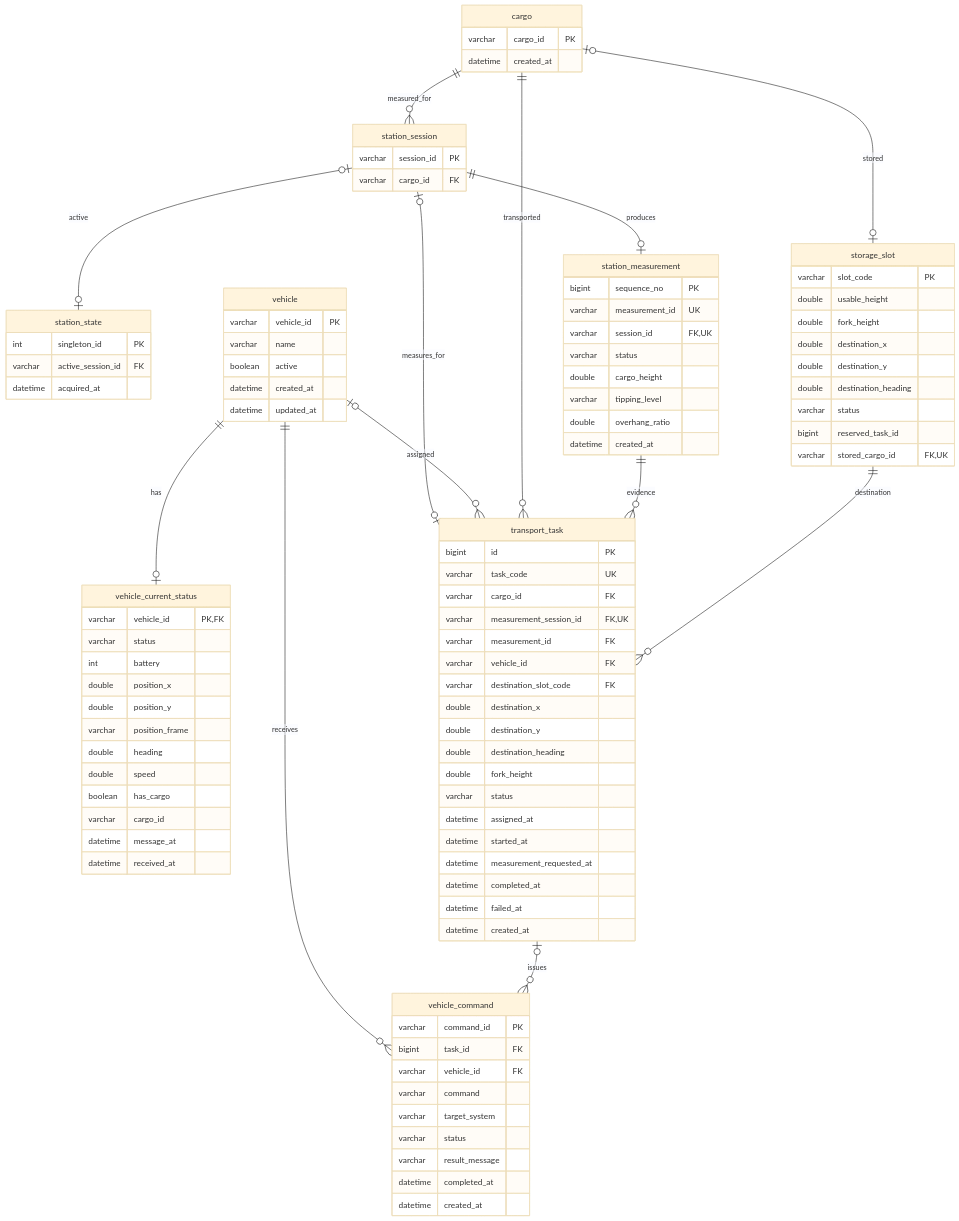
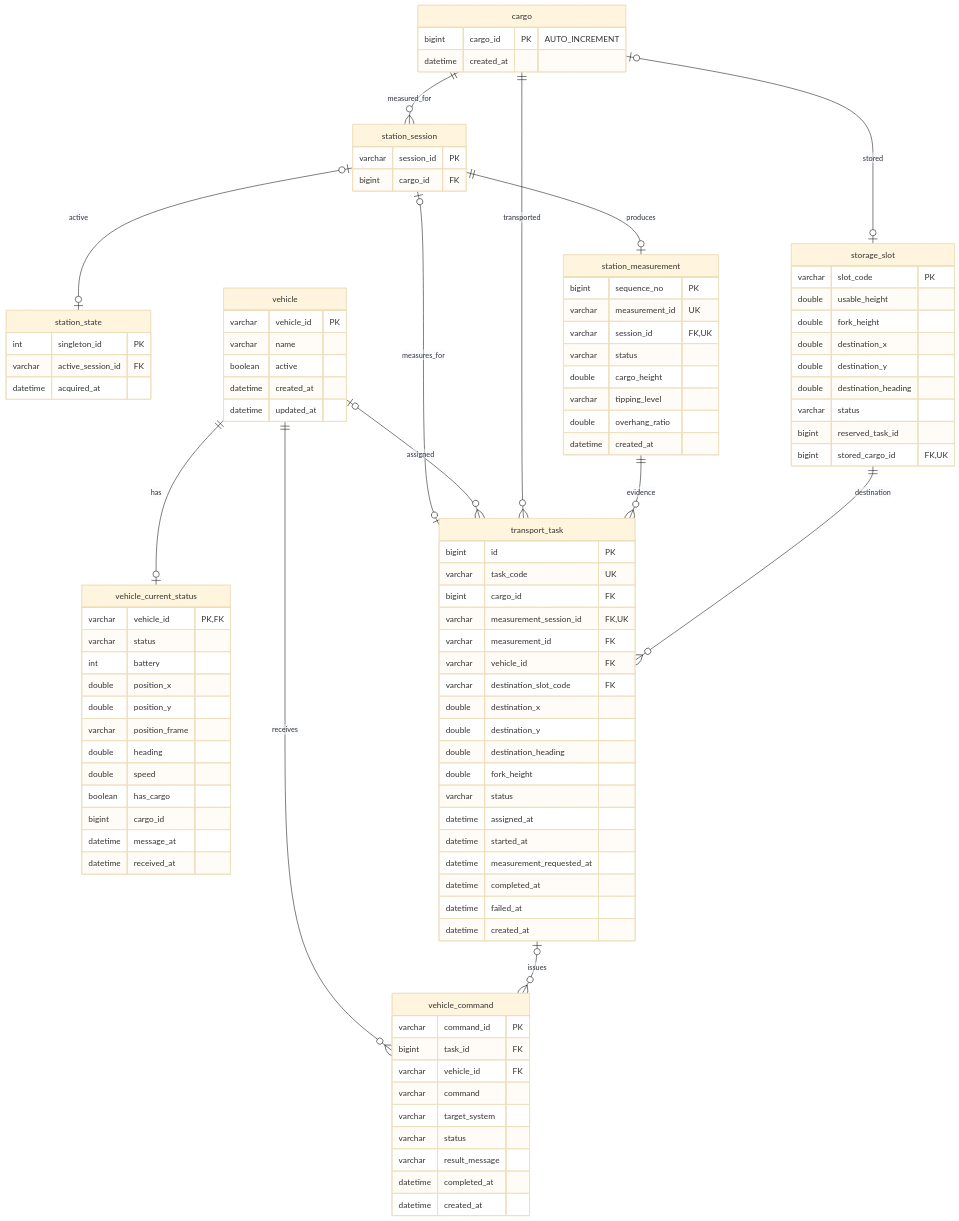
One commit to bjs0306b/fast-autonomous-forklift changed the diagram in docs/backend-db/ERD.md. Above: the diagram before and after it, drawn with Mermaid (base theme). The commit also changed 55 other files, not shown here.

````diff
--- a/docs/backend-db/ERD.md
+++ b/docs/backend-db/ERD.md
@@ -5,13 +5,13 @@
 ```mermaid
 erDiagram
     cargo {
-        varchar cargo_id PK
+        bigint cargo_id PK "AUTO_INCREMENT"
         datetime created_at
     }
 
     station_session {
         varchar session_id PK
-        varchar cargo_id FK
+        bigint cargo_id FK
     }
 
     station_state {
@@ -49,7 +49,7 @@
         double heading
         double speed
         boolean has_cargo
-        varchar cargo_id
+        bigint cargo_id
         datetime message_at
         datetime received_at
     }
@@ -63,13 +63,13 @@
         double destination_heading
         varchar status
         bigint reserved_task_id
-        varchar stored_cargo_id FK,UK
+        bigint stored_cargo_id FK,UK
     }
 
     transport_task {
         bigint id PK
         varchar task_code UK
-        varchar cargo_id FK
+        bigint cargo_id FK
         varchar measurement_session_id FK,UK
         varchar measurement_id FK
         varchar vehicle_id FK
````
